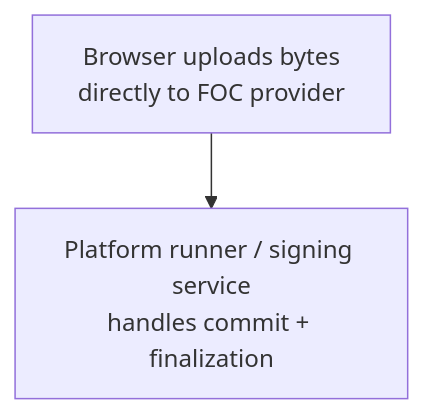
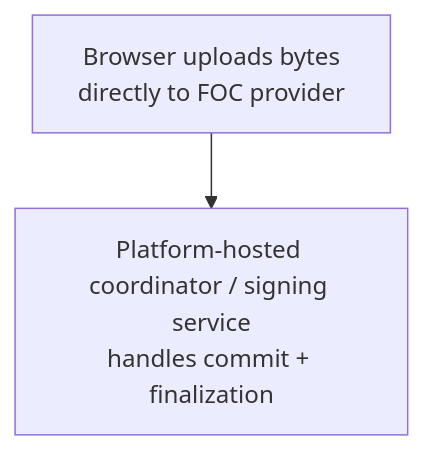
One commit to FIL-Builders/foc-platform changed diagram 20 of 20 in spec.md. Above: the diagram before and after it, drawn with Mermaid. The commit also changed other lines of this file, not shown here.

Commit message:
Replace runner terminology with coordinator

````diff
--- a/spec.md
+++ b/spec.md
@@ -1267,7 +1267,7 @@
 ```mermaid
 flowchart TD
   browser["Browser uploads bytes<br/>directly to FOC provider"]
-  runner["Platform runner / signing service<br/>handles commit + finalization"]
+  coordinator["Platform-hosted coordinator / signing service<br/>handles commit + finalization"]
 
-  browser --> runner
+  browser --> coordinator
 ```
````
